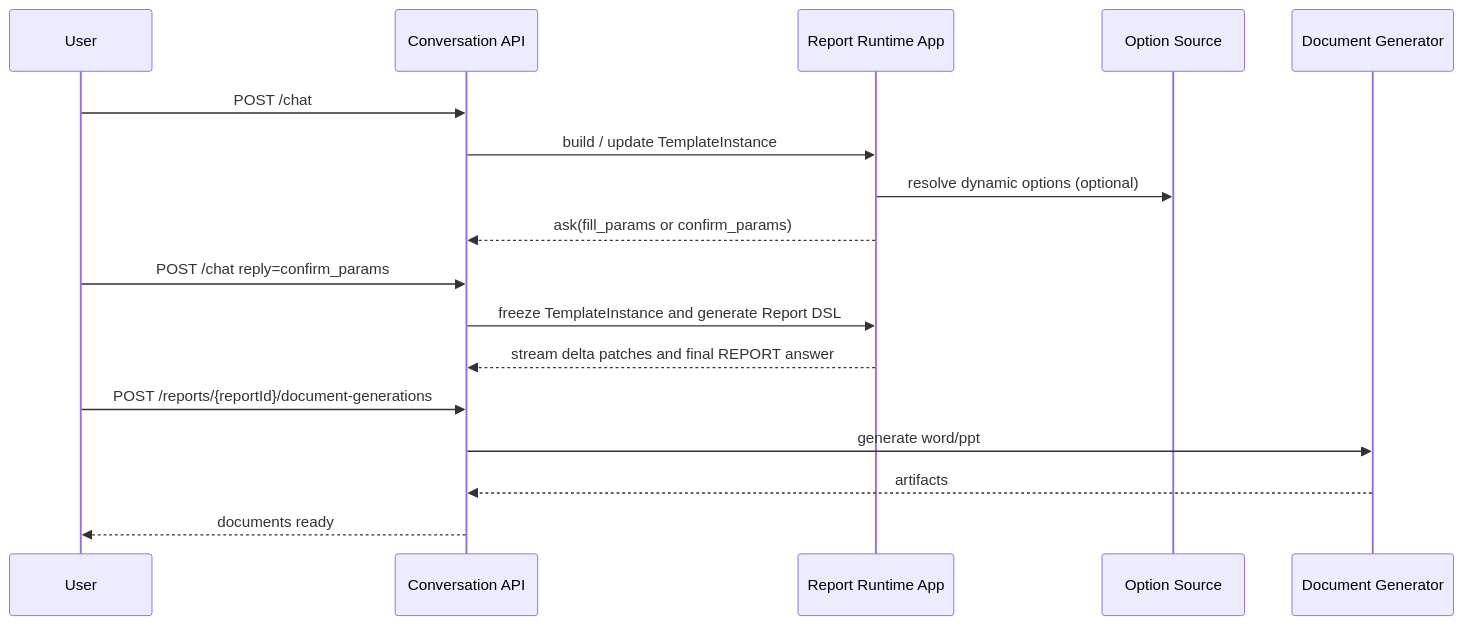
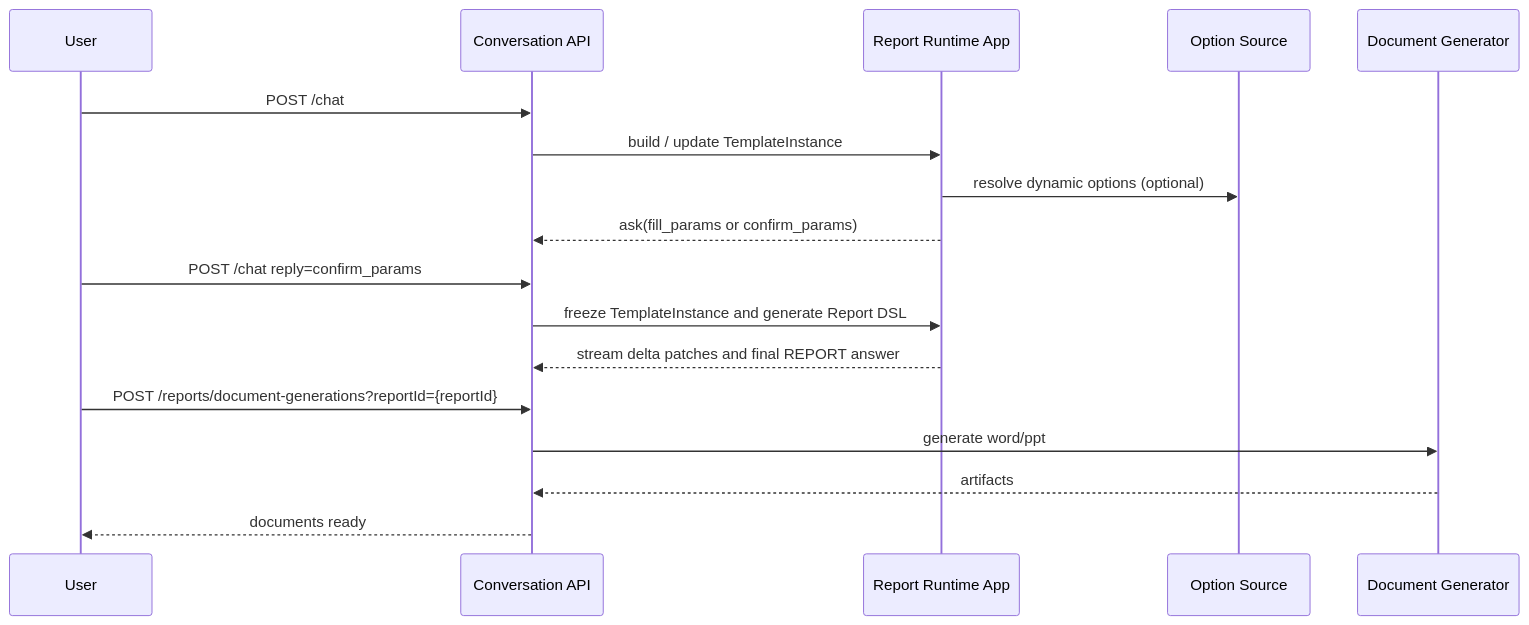
One commit to shel447/ReportSystem changed the diagram in docs/implementation/report/business-rules.md. Above: the diagram before and after it, drawn with Mermaid. The commit also changed other lines of this file and 74 other files, not shown here.

````diff
--- a/docs/implementation/report/business-rules.md
+++ b/docs/implementation/report/business-rules.md
@@ -537,20 +537,20 @@
 ```mermaid
 sequenceDiagram
     participant U as User
     participant Chat as Conversation API
     participant App as Report Runtime App
     participant Ext as Option Source
     participant Exp as Document Generator
 
     U->>Chat: POST /chat
     Chat->>App: build / update TemplateInstance
     App->>Ext: resolve dynamic options (optional)
     App-->>Chat: ask(fill_params or confirm_params)
     U->>Chat: POST /chat reply=confirm_params
     Chat->>App: freeze TemplateInstance and generate Report DSL
     App-->>Chat: stream delta patches and final REPORT answer
-    U->>Chat: POST /reports/{reportId}/document-generations
+    U->>Chat: POST /reports/document-generations?reportId={reportId}
     Chat->>Exp: generate word/ppt
     Exp-->>Chat: artifacts
     Chat-->>U: documents ready
 ```
````
